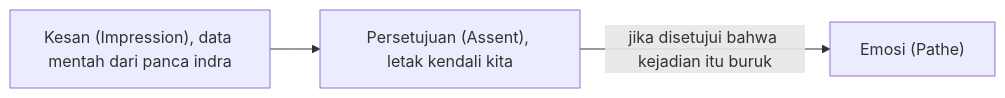
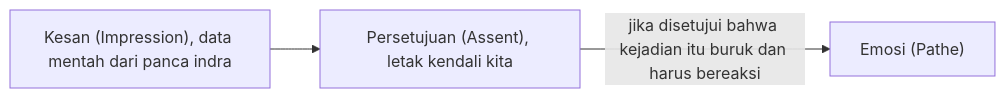
The diagram in books/filosofi-stoikisme/src/content/07_memahami-pathe-ketika-emosi-menjadi-penyakit-jiwa.md (belajarcarabelajar/dawnbook), drawn with Mermaid before and after one commit. The commit also changed 2 other files, not shown here.

Commit message:
fix(books): filosofi-stoikisme ch07 edge keeps the full condition of its source sentence

````diff
--- a/books/filosofi-stoikisme/src/content/07_memahami-pathe-ketika-emosi-menjadi-penyakit-jiwa.md
+++ b/books/filosofi-stoikisme/src/content/07_memahami-pathe-ketika-emosi-menjadi-penyakit-jiwa.md
@@ -25,7 +25,7 @@
 ```mermaid
 flowchart LR
     accTitle: Anatomi emosi menurut Stoik
-    accDescr: Kesan sebagai data mentah dari panca indra menuju persetujuan, tempat letak kendali kita, dan jika kita menyetujui bahwa kejadian itu buruk, muncullah emosi atau pathe.
+    accDescr: Kesan sebagai data mentah dari panca indra menuju persetujuan, tempat letak kendali kita, dan jika kita menyetujui bahwa kejadian itu buruk dan kita harus bereaksi, muncullah emosi atau pathe.
     A["Kesan (Impression), data mentah dari panca indra"] --> B["Persetujuan (Assent), letak kendali kita"]
-    B -->|"jika disetujui bahwa kejadian itu buruk"| C["Emosi (Pathe)"]
+    B -->|"jika disetujui bahwa kejadian itu buruk dan harus bereaksi"| C["Emosi (Pathe)"]
 ```
````
